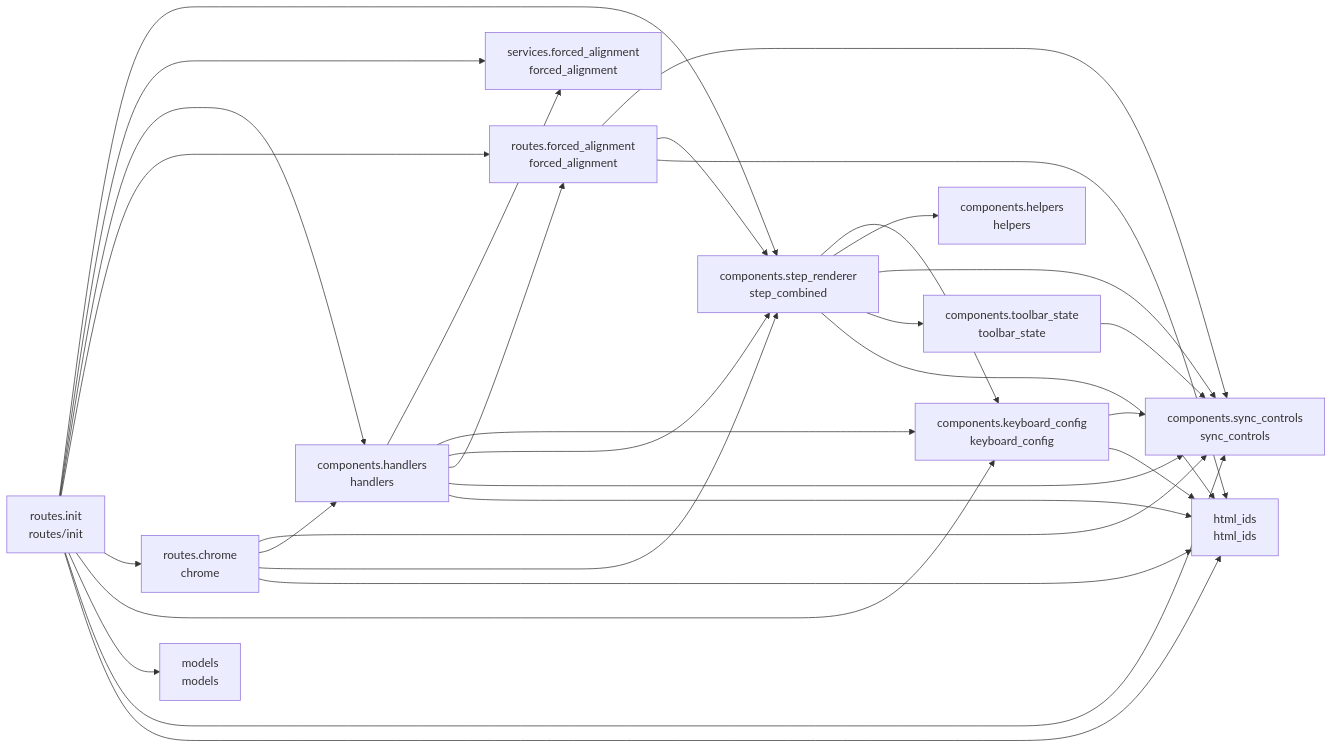
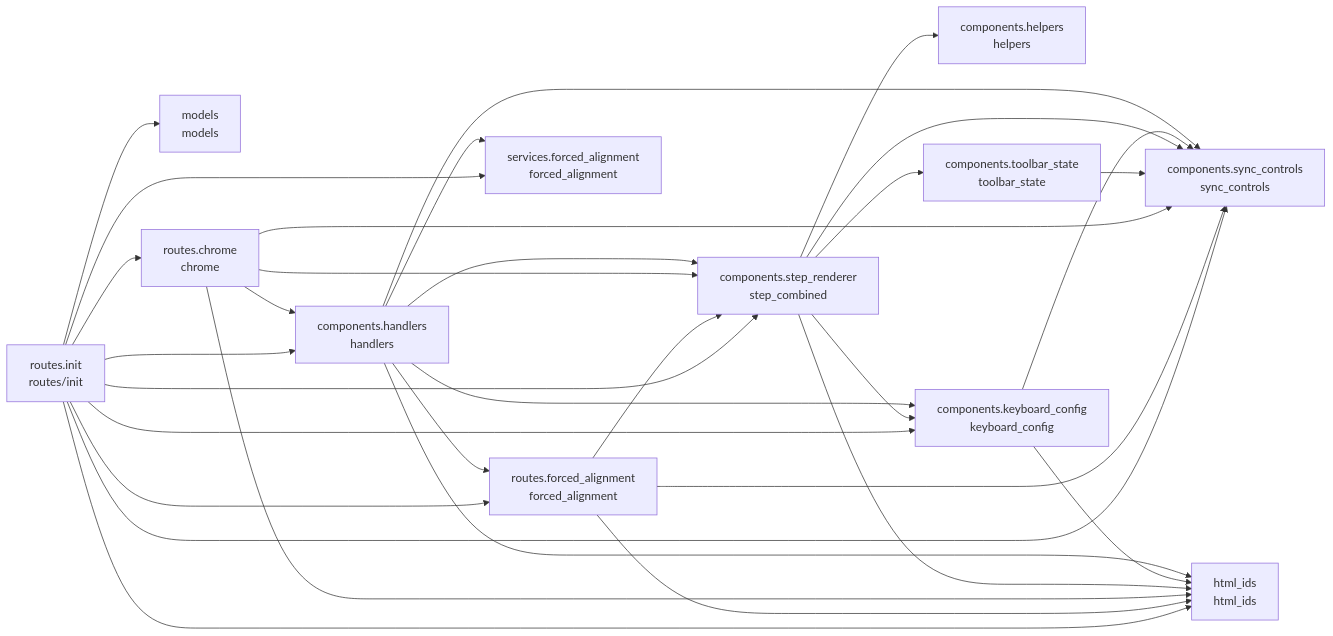
One commit to cj-mills/cjm-transcript-segment-align changed the diagram in README.md. Above: the diagram before and after it, drawn with Mermaid. The commit also changed other lines of this file and 3 other files, not shown here.

Commit message:
Expose playback_speed from extract_alignment_state so the page-level speed sync in render_combined_step actually reads the persisted value instead of always defaulting to 1.0.

````diff
--- a/README.md
+++ b/README.md
@@ -35,46 +35,46 @@
 ``` mermaid
 graph LR
     components_handlers[components.handlers<br/>handlers]
     components_helpers[components.helpers<br/>helpers]
     components_keyboard_config[components.keyboard_config<br/>keyboard_config]
     components_step_renderer[components.step_renderer<br/>step_combined]
     components_sync_controls[components.sync_controls<br/>sync_controls]
     components_toolbar_state[components.toolbar_state<br/>toolbar_state]
     html_ids[html_ids<br/>html_ids]
     models[models<br/>models]
     routes_chrome[routes.chrome<br/>chrome]
     routes_forced_alignment[routes.forced_alignment<br/>forced_alignment]
     routes_init[routes.init<br/>routes/init]
     services_forced_alignment[services.forced_alignment<br/>forced_alignment]
 
-    components_handlers --> services_forced_alignment
+    components_handlers --> components_sync_controls
     components_handlers --> components_keyboard_config
     components_handlers --> components_step_renderer
+    components_handlers --> services_forced_alignment
     components_handlers --> routes_forced_alignment
-    components_handlers --> components_sync_controls
     components_handlers --> html_ids
+    components_keyboard_config --> html_ids
     components_keyboard_config --> components_sync_controls
-    components_keyboard_config --> html_ids
+    components_step_renderer --> components_sync_controls
     components_step_renderer --> components_keyboard_config
+    components_step_renderer --> html_ids
     components_step_renderer --> components_helpers
-    components_step_renderer --> components_sync_controls
     components_step_renderer --> components_toolbar_state
-    components_step_renderer --> html_ids
     components_toolbar_state --> components_sync_controls
     routes_chrome --> components_sync_controls
+    routes_chrome --> components_step_renderer
     routes_chrome --> components_handlers
-    routes_chrome --> components_step_renderer
     routes_chrome --> html_ids
     routes_forced_alignment --> components_sync_controls
     routes_forced_alignment --> components_step_renderer
     routes_forced_alignment --> html_ids
-    routes_init --> components_step_renderer
-    routes_init --> services_forced_alignment
     routes_init --> components_handlers
-    routes_init --> routes_forced_alignment
-    routes_init --> routes_chrome
     routes_init --> components_keyboard_config
     routes_init --> models
+    routes_init --> routes_forced_alignment
+    routes_init --> services_forced_alignment
     routes_init --> components_sync_controls
     routes_init --> html_ids
+    routes_init --> routes_chrome
+    routes_init --> components_step_renderer
 ```
````
